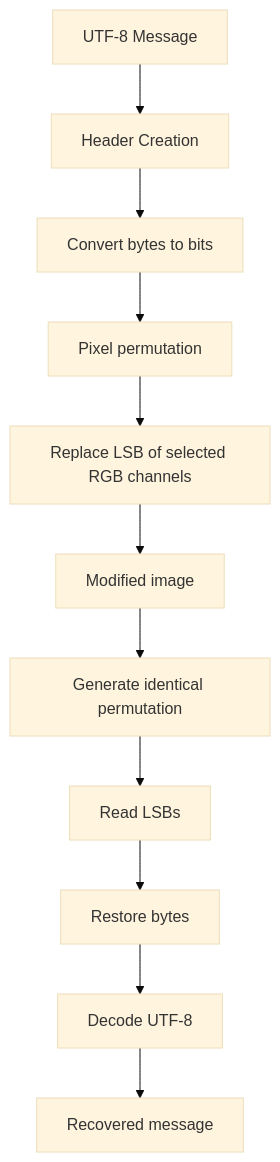
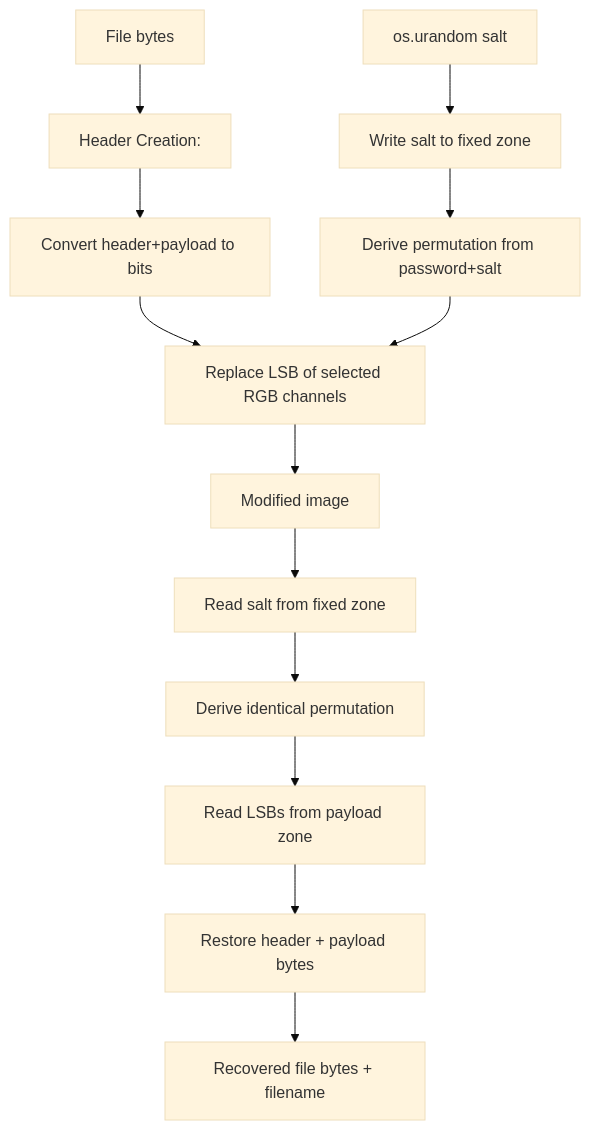
One commit to m000gg/camougg changed the second of 2 diagrams in docs/features/LeastSignificantBit-2.md. Above: the diagram before and after it, drawn with Mermaid (base theme). The commit also changed other lines of this file and 1 other file, not shown here.

````diff
--- a/docs/features/LeastSignificantBit-2.md
+++ b/docs/features/LeastSignificantBit-2.md
@@ -359,23 +371,19 @@
 ```mermaid
 graph TD
 
-A[UTF-8 Message] --> B[Header Creation]
+A[File bytes] --> B["Header Creation: <len|filename>"]
+B --> C[Convert header+payload to bits]
 
-B --> C[Convert bytes to bits]
+S1[os.urandom salt] --> S2[Write salt to fixed zone]
+S2 --> D[Derive permutation from password+salt]
 
-C --> D[Pixel permutation]
-
-D --> E["Replace LSB of selected RGB channels"]
-
+C --> E["Replace LSB of selected RGB channels"]
+D --> E
 E --> F[Modified image]
 
-F --> G[Generate identical permutation]
-
-G --> H[Read LSBs]
-
-H --> I[Restore bytes]
-
-I --> J[Decode UTF-8]
-
-J --> K[Recovered message]
+F --> G["Read salt from fixed zone"]
+G --> H[Derive identical permutation]
+H --> I[Read LSBs from payload zone]
+I --> J[Restore header + payload bytes]
+J --> K[Recovered file bytes + filename]
 ```
````
